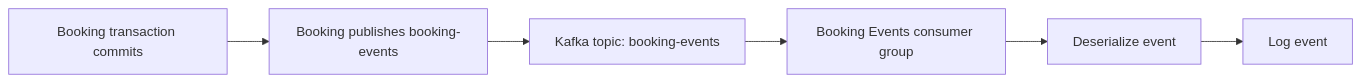
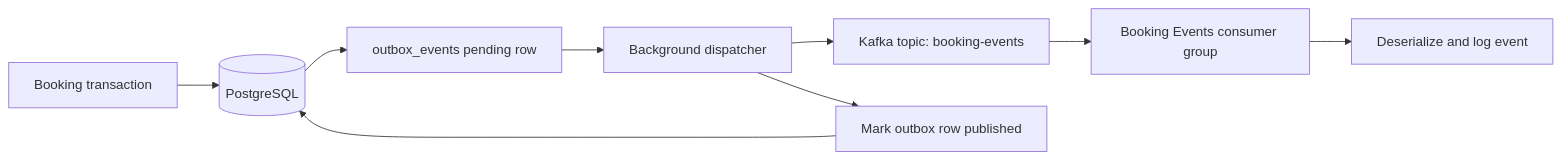
The sixth of 6 diagrams in docs/BOOKING_FLOW.md (lucky-talkin/QuickTicket), drawn with Mermaid before and after one commit. The commit also changed other lines of this file, not shown here.

Commit message:
Document outbox delivery and waiting-room package separation

````diff
--- a/docs/BOOKING_FLOW.md
+++ b/docs/BOOKING_FLOW.md
@@ -200,8 +203,11 @@
 ```mermaid
 flowchart LR
-    A[Booking transaction commits] --> B[Booking publishes booking-events]
-    B --> C[Kafka topic: booking-events]
-    C --> D[Booking Events consumer group]
-    D --> E[Deserialize event]
-    E --> F[Log event]
+    A[Booking transaction] --> B[(PostgreSQL)]
+    B --> C[outbox_events pending row]
+    C --> D[Background dispatcher]
+    D --> E[Kafka topic: booking-events]
+    E --> F[Booking Events consumer group]
+    F --> G[Deserialize and log event]
+    D --> H[Mark outbox row published]
+    H --> B
 ```
````
